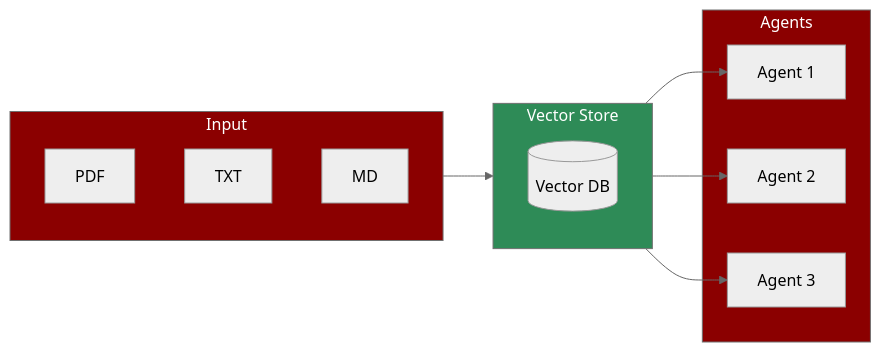
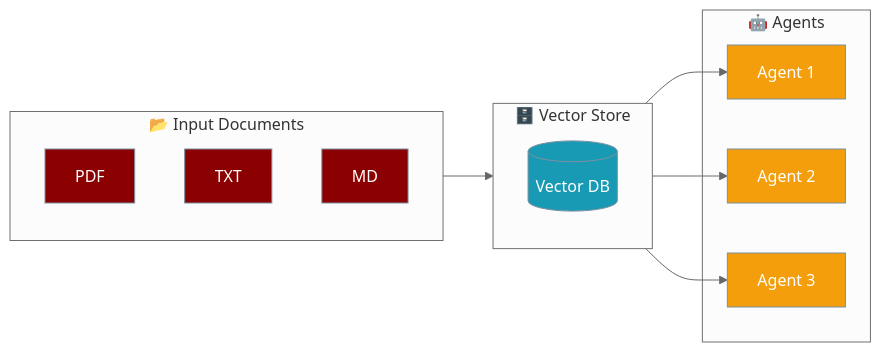
One commit to MervinPraison/PraisonAIDocs changed the second of 2 diagrams in docs/features/rag.mdx. Above: the diagram before and after it, drawn with Mermaid (neutral theme). The commit also changed other lines of this file and 6 other files, not shown here.

````diff
--- a/docs/features/rag.mdx
+++ b/docs/features/rag.mdx
@@ -64,27 +69,31 @@
 ```mermaid
-flowchart LR
-    subgraph In[Input]
+graph LR
+    subgraph In["📂 Input Documents"]
         PDF[PDF]
         TXT[TXT]
         MD[MD]
     end
 
-    subgraph Router[Vector Store]
+    subgraph Router["🗄️ Vector Store"]
         DB[(Vector DB)]
     end
     
-    subgraph Out[Agents]
+    subgraph Out["🤖 Agents"]
         A1[Agent 1]
         A2[Agent 2]
         A3[Agent 3]
     end
 
     In --> Router
     Router --> A1
     Router --> A2
     Router --> A3
 
-    style In fill:#8B0000,color:#fff
-    style Router fill:#2E8B57,color:#fff
-    style Out fill:#8B0000,color:#fff
+    classDef inputGroup fill:#8B0000,stroke:#7C90A0,color:#fff
+    classDef storeGroup fill:#189AB4,stroke:#7C90A0,color:#fff
+    classDef agentGroup fill:#F59E0B,stroke:#7C90A0,color:#fff
+
+    class PDF,TXT,MD inputGroup
+    class DB storeGroup
+    class A1,A2,A3 agentGroup
 ```
````
